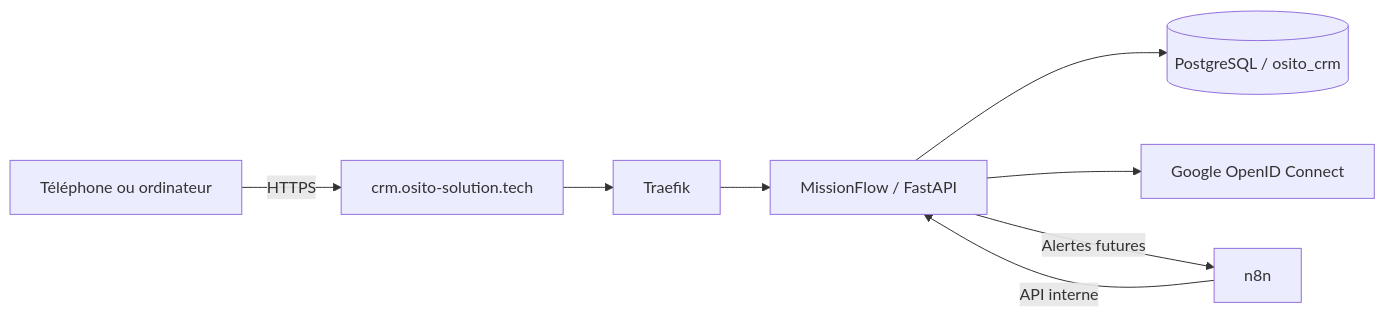
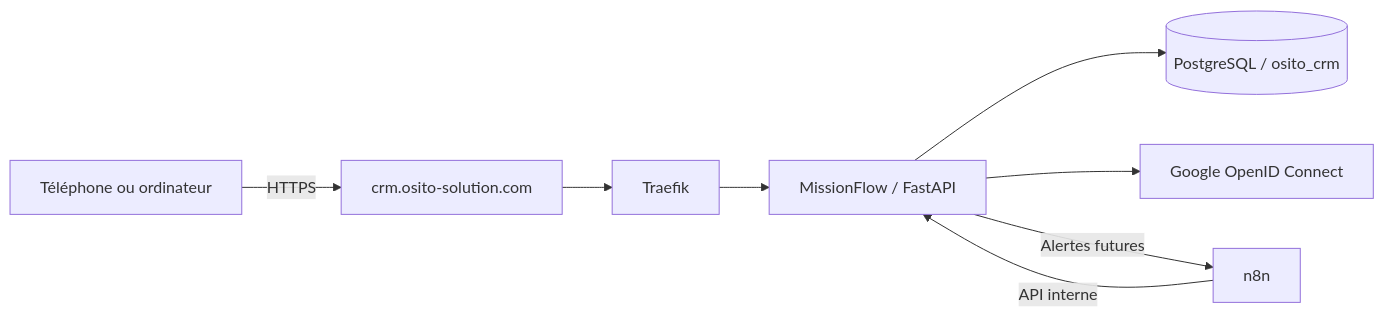
One commit to boubacar-osito/osito-ai-crm changed the first of 3 diagrams in docs/architecture.md. Above: the diagram before and after it, drawn with Mermaid. The commit also changed other lines of this file and 3 other files, not shown here.

Commit message:
Use osito-solution.com for production OAuth

````diff
--- a/docs/architecture.md
+++ b/docs/architecture.md
@@ -9,10 +9,10 @@
 ```mermaid
 flowchart LR
-    Phone["Téléphone ou ordinateur"] -->|"HTTPS"| DNS["crm.osito-solution.tech"]
+    Phone["Téléphone ou ordinateur"] -->|"HTTPS"| DNS["crm.osito-solution.com"]
     DNS --> Proxy["Traefik"]
     Proxy --> CRM["MissionFlow / FastAPI"]
     CRM --> DB[("PostgreSQL / osito_crm")]
     CRM --> Google["Google OpenID Connect"]
     N8N["n8n"] -->|"API interne"| CRM
     CRM -->|"Alertes futures"| N8N
 ```
````
